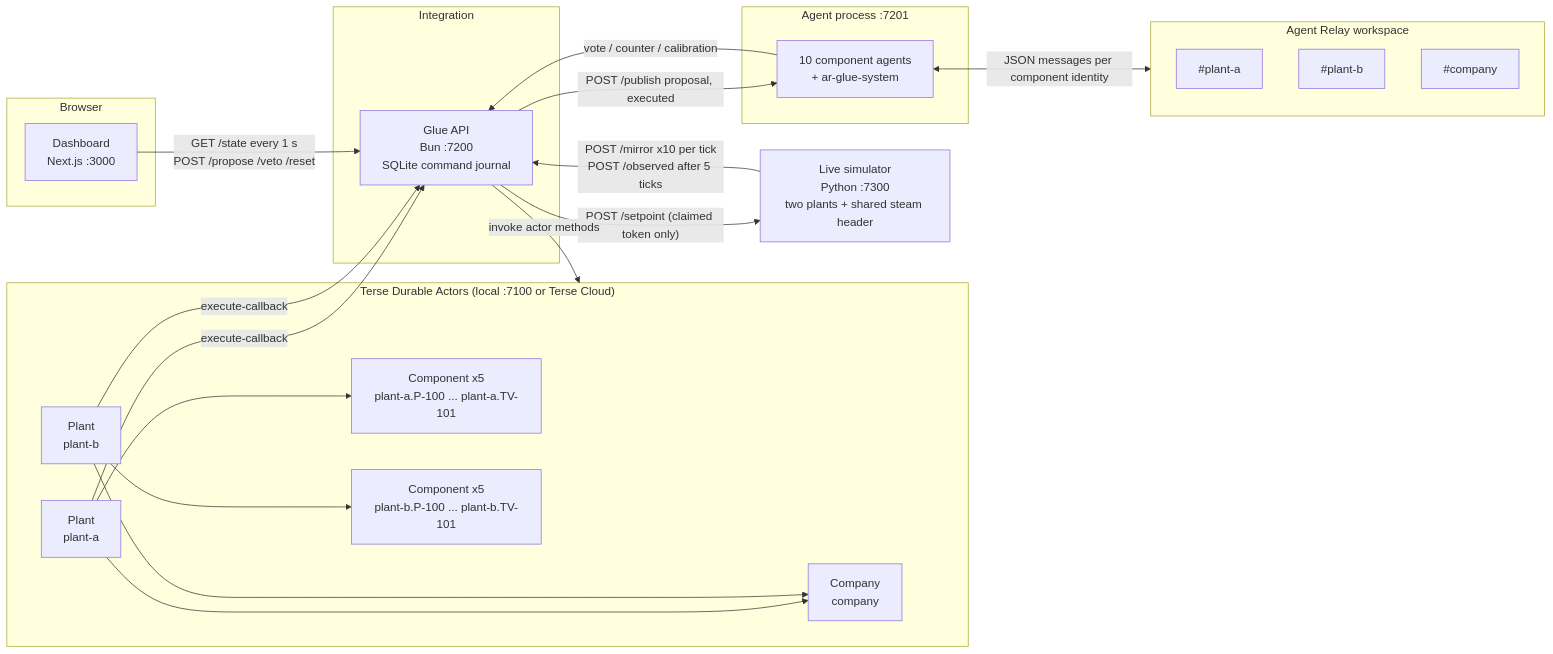
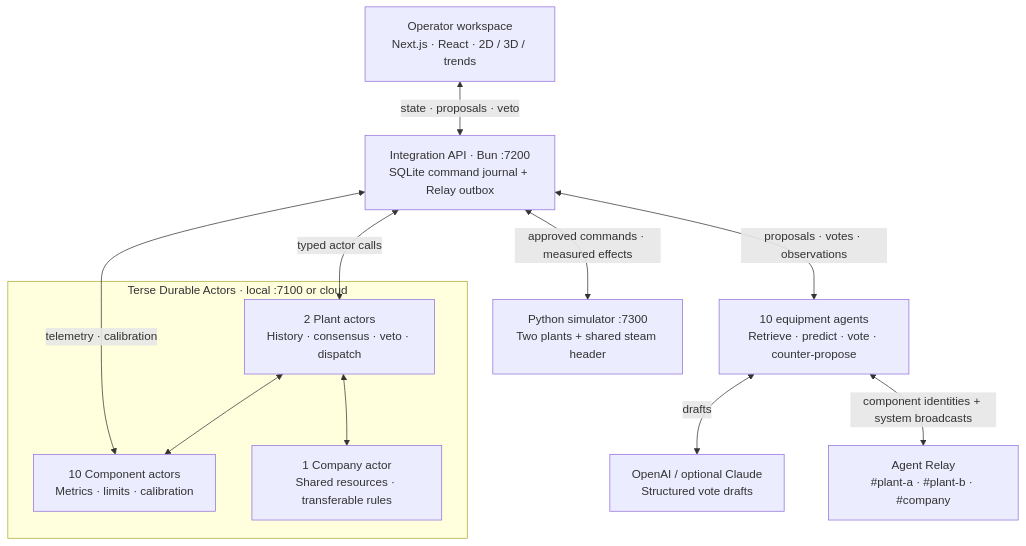
The diagram in README.md (mrkrishna14/ActorRelay), drawn with Mermaid before and after one commit. The commit also changed other lines of this file, not shown here.

First line of the commit message:
Update README.md to clarify ActorRelay's functionality and installation instructions

````diff
--- a/README.md
+++ b/README.md
@@ -45,44 +131,25 @@
 ```mermaid
-flowchart LR
-    subgraph Browser
-        W[Dashboard<br/>Next.js :3000]
+flowchart TB
+    UI["Operator workspace<br/>Next.js · React · 2D / 3D / trends"]
+    API["Integration API · Bun :7200<br/>SQLite command journal + Relay outbox"]
+    AGENTS["10 equipment agents<br/>Retrieve · predict · vote · counter-propose"]
+    MODELS["OpenAI / optional Claude<br/>Structured vote drafts"]
+    RELAY["Agent Relay<br/>#plant-a · #plant-b · #company"]
+    SIM["Python simulator :7300<br/>Two plants + shared steam header"]
+
+    subgraph TERSE["Terse Durable Actors · local :7100 or cloud"]
+        PLANTS["2 Plant actors<br/>History · consensus · veto · dispatch"]
+        COMPONENTS["10 Component actors<br/>Metrics · limits · calibration"]
+        COMPANY["1 Company actor<br/>Shared resources · transferable rules"]
+        PLANTS <--> COMPONENTS
+        PLANTS <--> COMPANY
     end
 
-    subgraph Integration
-        G[Glue API<br/>Bun :7200<br/>SQLite command journal]
-    end
-
-    subgraph Terse["Terse Durable Actors (local :7100 or Terse Cloud)"]
-        CO[Company<br/>company]
-        PA[Plant<br/>plant-a]
-        PB[Plant<br/>plant-b]
-        CA["Component x5<br/>plant-a.P-100 ... plant-a.TV-101"]
-        CB["Component x5<br/>plant-b.P-100 ... plant-b.TV-101"]
-        PA --> CA
-        PB --> CB
-        PA --> CO
-        PB --> CO
-    end
-
-    subgraph Agents["Agent process :7201"]
-        AG["10 component agents<br/>+ ar-glue-system"]
-    end
-
-    subgraph Relay["Agent Relay workspace"]
-        R1["#plant-a"]
-        R2["#plant-b"]
-        R3["#company"]
-    end
-
-    SIM[Live simulator<br/>Python :7300<br/>two plants + shared steam header]
-
-    W -- "GET /state every 1 s<br/>POST /propose /veto /reset" --> G
-    G -- "invoke actor methods" --> Terse
-    PA -- "execute-callback" --> G
-    PB -- "execute-callback" --> G
-    SIM -- "POST /mirror x10 per tick<br/>POST /observed after 5 ticks" --> G
-    G -- "POST /setpoint (claimed token only)" --> SIM
-    G -- "POST /publish proposal, executed" --> AG
-    AG -- "vote / counter / calibration" --> G
-    AG <-->|"JSON messages per component identity"| Relay
+    UI <-->|"state · proposals · veto"| API
+    API <-->|"typed actor calls"| PLANTS
+    API <-->|"telemetry · calibration"| COMPONENTS
+    API <-->|"proposals · votes · observations"| AGENTS
+    AGENTS <-->|"drafts"| MODELS
+    AGENTS <-->|"component identities + system broadcasts"| RELAY
+    API <-->|"approved commands · measured effects"| SIM
 ```
````
